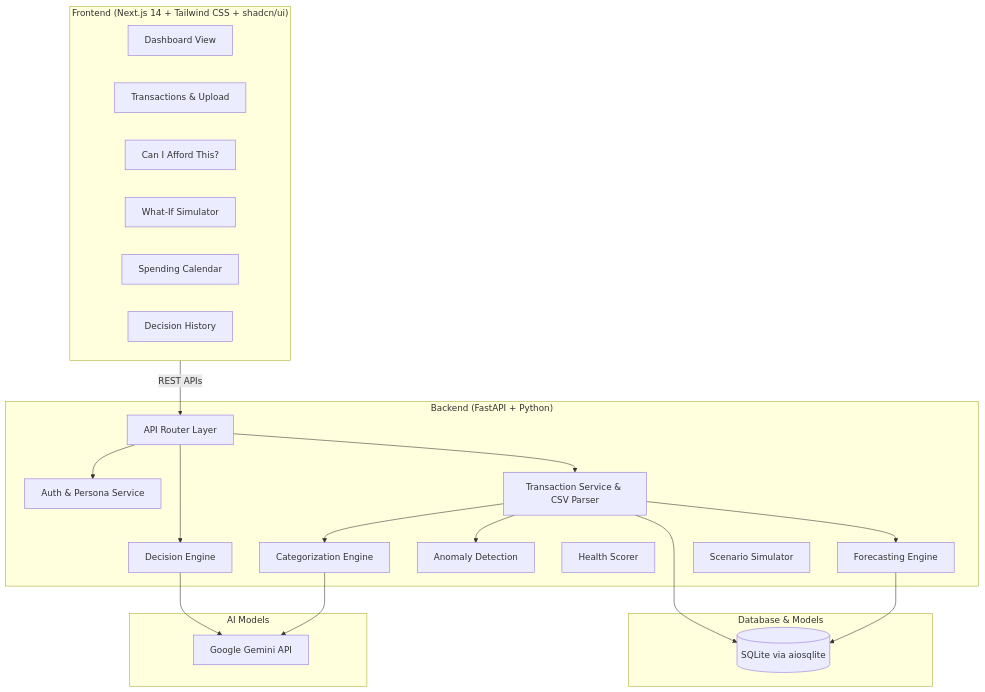
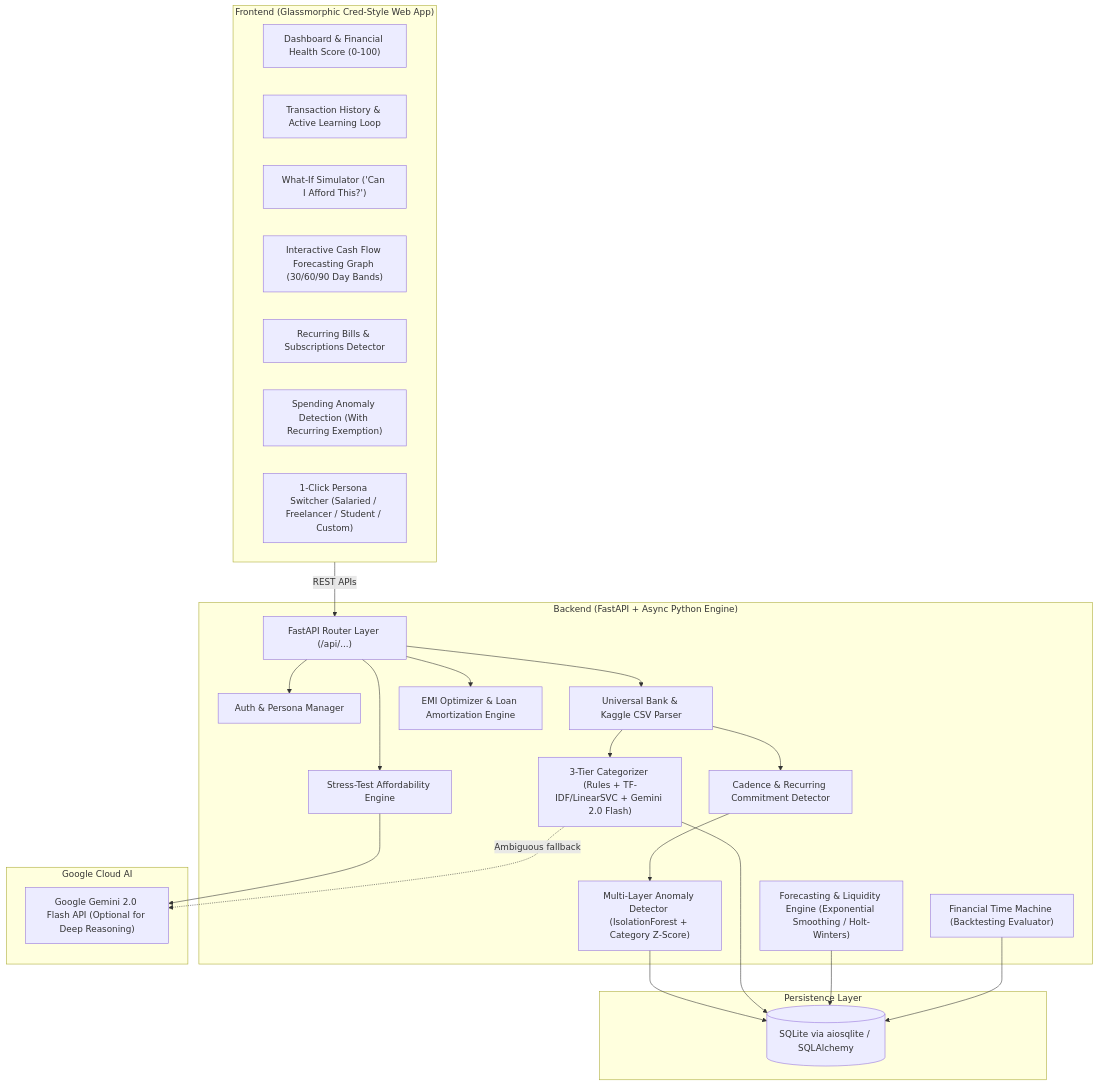
The diagram in README.md (notalwaysadream/clairfinance), drawn with Mermaid before and after one commit. The commit also changed other lines of this file and 51 other files, not shown here.

````diff
--- a/README.md
+++ b/README.md
@@ -23,43 +10,48 @@
 ```mermaid
 flowchart TD
-    subgraph Frontend["Frontend (Next.js 14 + Tailwind CSS + shadcn/ui)"]
-        Dashboard["Dashboard View"]
-        Transactions["Transactions & Upload"]
-        Query["Can I Afford This?"]
-        Simulator["What-If Simulator"]
-        Calendar["Spending Calendar"]
-        History["Decision History"]
+    subgraph Frontend["Frontend (Glassmorphic Cred-Style Web App)"]
+        Dashboard["Dashboard & Financial Health Score (0-100)"]
+        Transactions["Transaction History & Active Learning Loop"]
+        Advisor["What-If Simulator ('Can I Afford This?')"]
+        Forecasting["Interactive Cash Flow Forecasting Graph (30/60/90 Day Bands)"]
+        Bills["Recurring Bills & Subscriptions Detector"]
+        Anomalies["Spending Anomaly Detection (With Recurring Exemption)"]
+        PersonaBar["1-Click Persona Switcher (Salaried / Freelancer / Student / Custom)"]
     end
 
-    subgraph Backend["Backend (FastAPI + Python)"]
-        Router["API Router Layer"]
-        AuthSvc["Auth & Persona Service"]
-        TxnSvc["Transaction Service & CSV Parser"]
-        CatEngine["Categorization Engine"]
-        ForecastEngine["Forecasting Engine"]
-        AnomalyEngine["Anomaly Detection"]
-        HealthEngine["Health Scorer"]
-        QueryEngine["Decision Engine"]
-        SimEngine["Scenario Simulator"]
+    subgraph Backend["Backend (FastAPI + Async Python Engine)"]
+        Router["FastAPI Router Layer (/api/...)"]
+        AuthSvc["Auth & Persona Manager"]
+        CSVParser["Universal Bank & Kaggle CSV Parser"]
+        CatEngine["3-Tier Categorizer (Rules + TF-IDF/LinearSVC + Gemini 2.0 Flash)"]
+        RecDetector["Cadence & Recurring Commitment Detector"]
+        AnomalyDetector["Multi-Layer Anomaly Detector (IsolationForest + Category Z-Score)"]
+        ForecastEngine["Forecasting & Liquidity Engine (Exponential Smoothing / Holt-Winters)"]
+        BacktestEngine["Financial Time Machine (Backtesting Evaluator)"]
+        DecisionEngine["Stress-Test Affordability Engine"]
+        DebtOptimizer["EMI Optimizer & Loan Amortization Engine"]
     end
 
-    subgraph Storage["Database & Models"]
-        DB[(SQLite via aiosqlite)]
+    subgraph Storage["Persistence Layer"]
+        DB[(SQLite via aiosqlite / SQLAlchemy)]
     end
 
-    subgraph External["AI Models"]
-        Gemini["Google Gemini API"]
+    subgraph External["Google Cloud AI"]
+        Gemini["Google Gemini 2.0 Flash API (Optional for Deep Reasoning)"]
     end
 
     Frontend -->|REST APIs| Router
     Router --> AuthSvc
-    Router --> TxnSvc
-    Router --> QueryEngine
-    TxnSvc --> CatEngine
-    TxnSvc --> ForecastEngine
-    TxnSvc --> AnomalyEngine
-    TxnSvc --> DB
-    QueryEngine --> Gemini
-    CatEngine --> Gemini
+    Router --> CSVParser
+    Router --> DecisionEngine
+    Router --> DebtOptimizer
+    CSVParser --> CatEngine
+    CSVParser --> RecDetector
+    RecDetector --> AnomalyDetector
+    AnomalyDetector --> DB
+    CatEngine --> DB
     ForecastEngine --> DB
+    BacktestEngine --> DB
+    DecisionEngine --> Gemini
+    CatEngine -.->|Ambiguous fallback| Gemini
 ```
````
